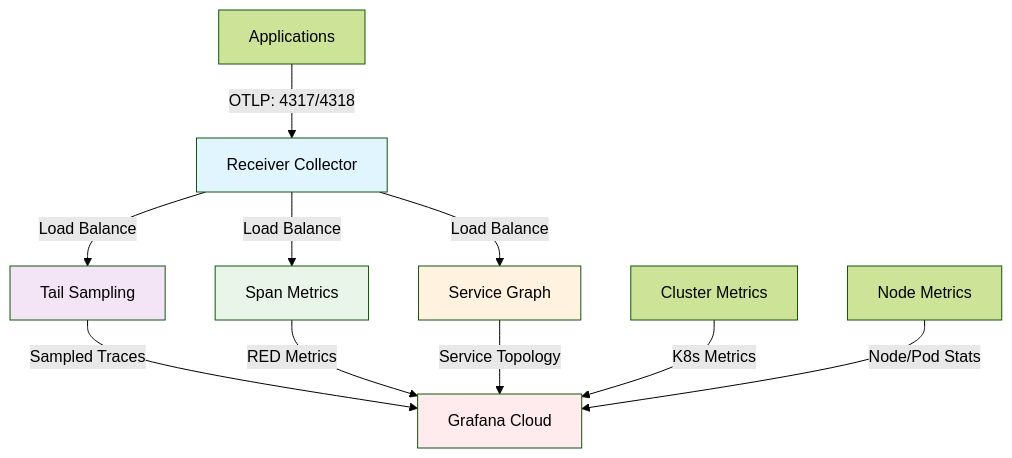
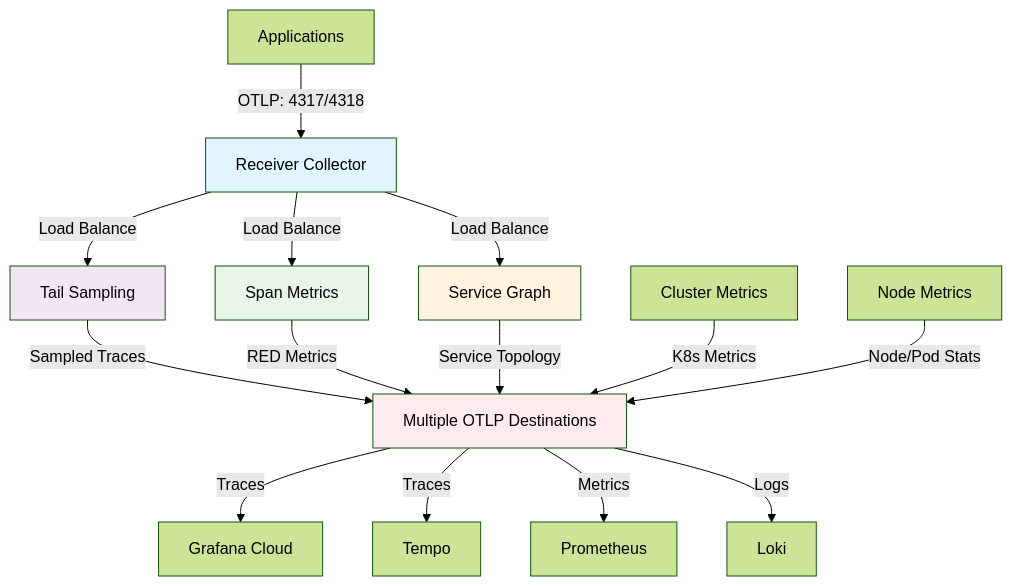
One commit to mbaykara/otelcollector-scalable changed the diagram in otelcol-scalable-chart/README.md. Above: the diagram before and after it, drawn with Mermaid (forest theme). The commit also changed other lines of this file and 4 other files, not shown here.

````diff
--- a/otelcol-scalable-chart/README.md
+++ b/otelcol-scalable-chart/README.md
@@ -7,20 +7,25 @@
 ```mermaid
 graph TD
     A[Applications] -->|OTLP: 4317/4318| B[Receiver Collector]
     B -->|Load Balance| C[Tail Sampling]
     B -->|Load Balance| D[Span Metrics]
     B -->|Load Balance| E[Service Graph]
     
-    C -->|Sampled Traces| F[Grafana Cloud]
+    C -->|Sampled Traces| F[Multiple OTLP Destinations]
     D -->|RED Metrics| F
     E -->|Service Topology| F
     
     G[Cluster Metrics] -->|K8s Metrics| F
     H[Node Metrics] -->|Node/Pod Stats| F
+    
+    F -->|Traces| I[Grafana Cloud]
+    F -->|Traces| T[Tempo]
+    F -->|Metrics| K[Prometheus]
+    F -->|Logs| L[Loki]
     
     style B fill:#e1f5fe
     style C fill:#f3e5f5
     style D fill:#e8f5e8
     style E fill:#fff3e0
     style F fill:#ffebee
 ```
````
